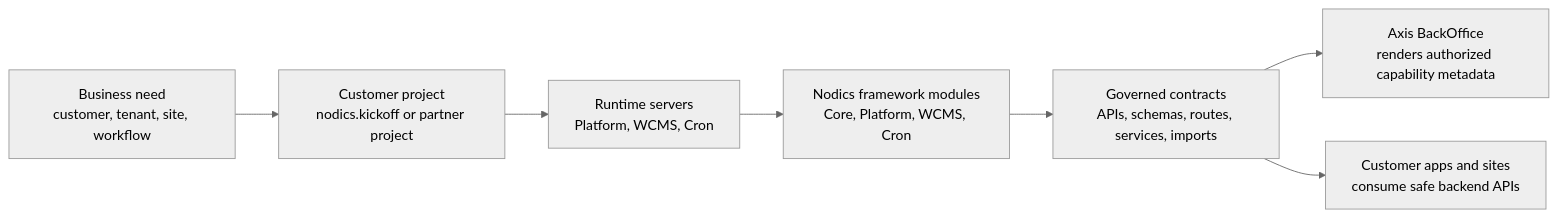
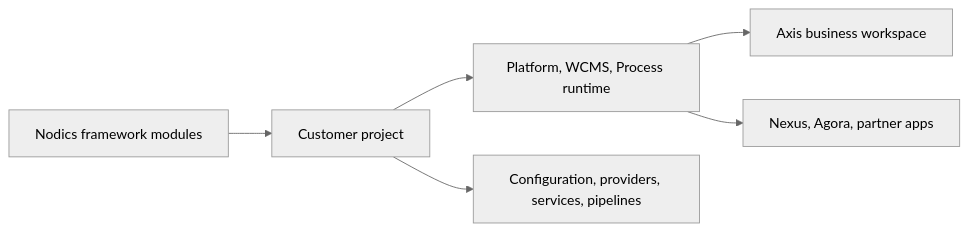
Before and after one commit to Nodics/nodics.ai: the diagram in nodics.docs/docs/pages/framework/what-is-nodics.md, drawn with Mermaid (neutral theme). The commit also changed other lines of this file and 92 other files, not shown here.

````diff
--- a/nodics.docs/docs/pages/framework/what-is-nodics.md
+++ b/nodics.docs/docs/pages/framework/what-is-nodics.md
@@ -294,9 +43,8 @@
 ```mermaid
 flowchart LR
-  Business["Business need<br/>customer, tenant, site, workflow"] --> Project["Customer project<br/>nodics.kickoff or partner project"]
-  Project --> Runtime["Runtime servers<br/>Platform, WCMS, Cron"]
-  Runtime --> Framework["Nodics framework modules<br/>Core, Platform, WCMS, Cron"]
-  Framework --> Contracts["Governed contracts<br/>APIs, schemas, routes, services, imports"]
-  Contracts --> Axis["Axis BackOffice<br/>renders authorized capability metadata"]
-  Contracts --> Apps["Customer apps and sites<br/>consume safe backend APIs"]
+  Framework["Nodics framework modules"] --> Project["Customer project"]
+  Project --> Runtime["Platform, WCMS, Process runtime"]
+  Runtime --> Axis["Axis business workspace"]
+  Runtime --> PublicApps["Nexus, Agora, partner apps"]
+  Project --> Extensions["Configuration, providers, services, pipelines"]
 ```
````
